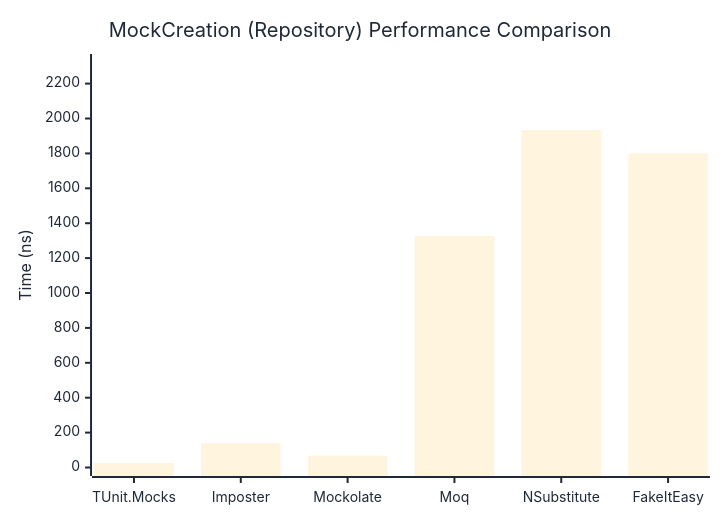
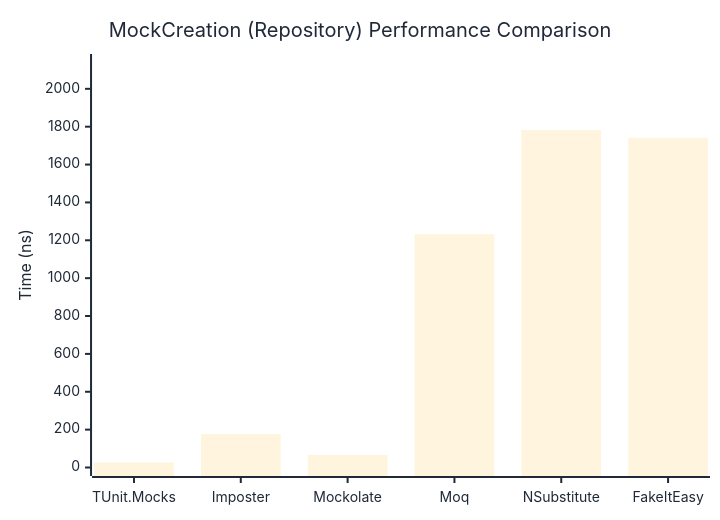
One commit to thomhurst/TUnit changed the second of 2 diagrams in docs/docs/benchmarks/mocks/MockCreation.md. Above: the diagram before and after it, drawn with Mermaid. The commit also changed other lines of this file and 14 other files, not shown here.

````diff
--- a/docs/docs/benchmarks/mocks/MockCreation.md
+++ b/docs/docs/benchmarks/mocks/MockCreation.md
@@ -69,27 +69,27 @@
 ```mermaid
 %%{init: {
   'theme':'base',
   'themeVariables': {
     'primaryColor': '#2563eb',
     'primaryTextColor': '#1f2937',
     'primaryBorderColor': '#1e40af',
     'lineColor': '#6b7280',
     'secondaryColor': '#7c3aed',
     'tertiaryColor': '#dc2626',
     'background': '#ffffff',
     'pie1': '#2563eb',
     'pie2': '#7c3aed',
     'pie3': '#dc2626',
     'pie4': '#f59e0b',
     'pie5': '#10b981',
     'pie6': '#06b6d4',
     'pie7': '#ec4899',
     'pie8': '#6366f1'
   }
 }}%%
 xychart-beta
   title "MockCreation (Repository) Performance Comparison"
   x-axis ["TUnit.Mocks", "Imposter", "Mockolate", "Moq", "NSubstitute", "FakeItEasy"]
-  y-axis "Time (ns)" 0 --> 2321
-  bar [26.17, 138.16, 68.07, 1326.76, 1933.82, 1800.68]
+  y-axis "Time (ns)" 0 --> 2139
+  bar [26.03, 176.22, 66.58, 1231.76, 1781.68, 1741.14]
 ```
````
